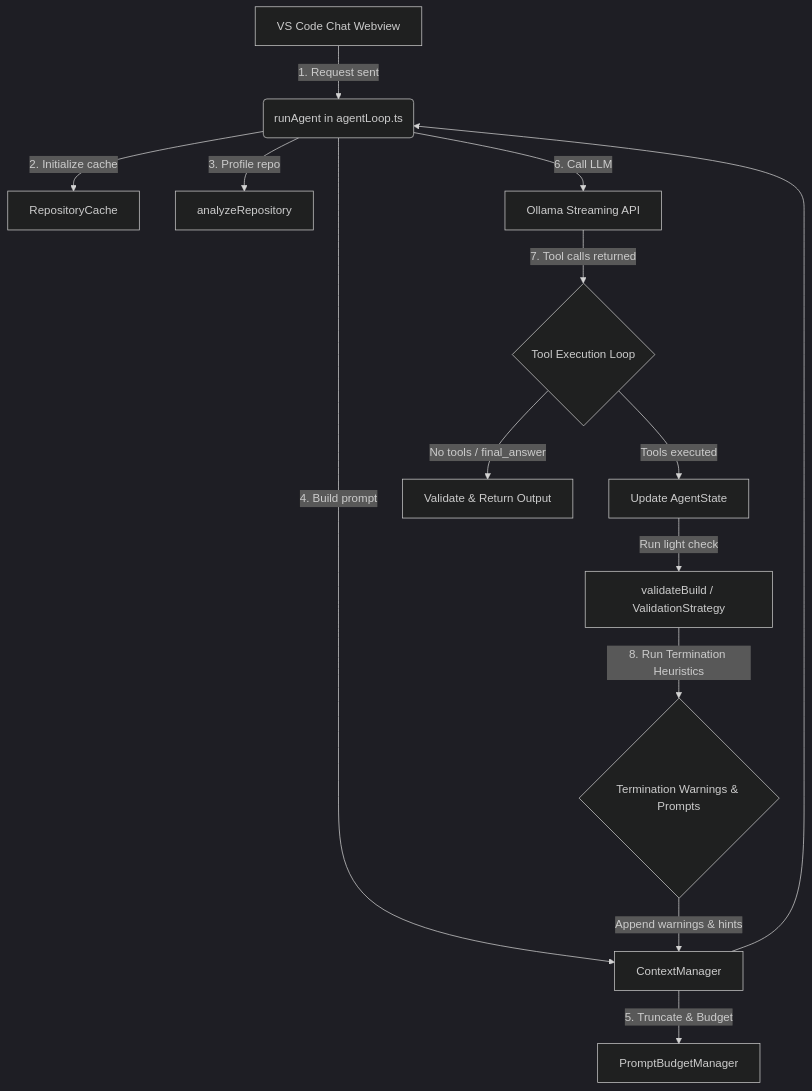
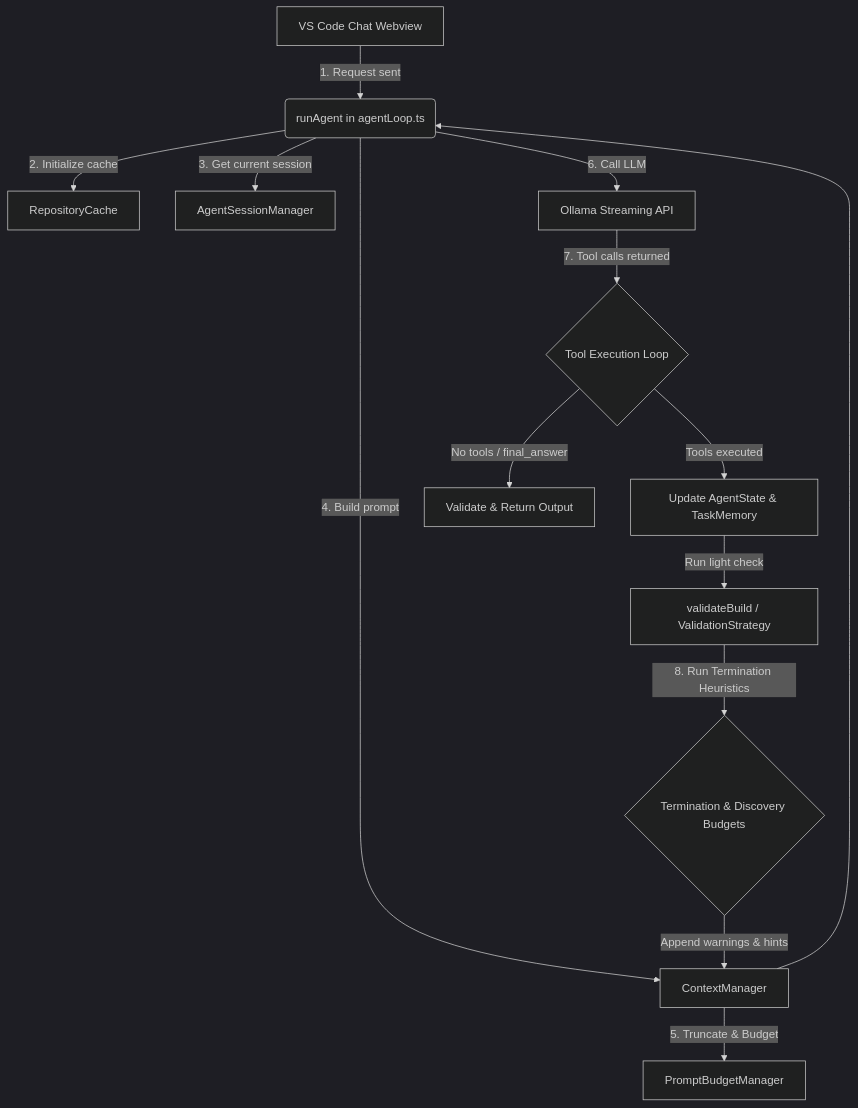
One commit to anandhuremanan/gb-codex changed the diagram in architecture.md. Above: the diagram before and after it, drawn with Mermaid (dark theme). The commit also changed other lines of this file and 5 other files, not shown here.

Commit message:
feat: Implement session management and enhance task memory structure for improved agent state handling

````diff
--- a/architecture.md
+++ b/architecture.md
@@ -11,16 +11,16 @@
 ```mermaid
 graph TD
     A[VS Code Chat Webview] -->|1. Request sent| B(runAgent in agentLoop.ts)
     B -->|2. Initialize cache| C[RepositoryCache]
-    B -->|3. Profile repo| D[analyzeRepository]
+    B -->|3. Get current session| D[AgentSessionManager]
     B -->|4. Build prompt| E[ContextManager]
     E -->|5. Truncate & Budget| F[PromptBudgetManager]
     B -->|6. Call LLM| G[Ollama Streaming API]
     G -->|7. Tool calls returned| H{Tool Execution Loop}
     H -->|No tools / final_answer| I[Validate & Return Output]
-    H -->|Tools executed| J[Update AgentState]
+    H -->|Tools executed| J[Update AgentState & TaskMemory]
     J -->|Run light check| K[validateBuild / ValidationStrategy]
-    K -->|8. Run Termination Heuristics| L{Termination Warnings & Prompts}
+    K -->|8. Run Termination Heuristics| L{Termination & Discovery Budgets}
     L -->|Append warnings & hints| E
     E --> B
 ```
````
